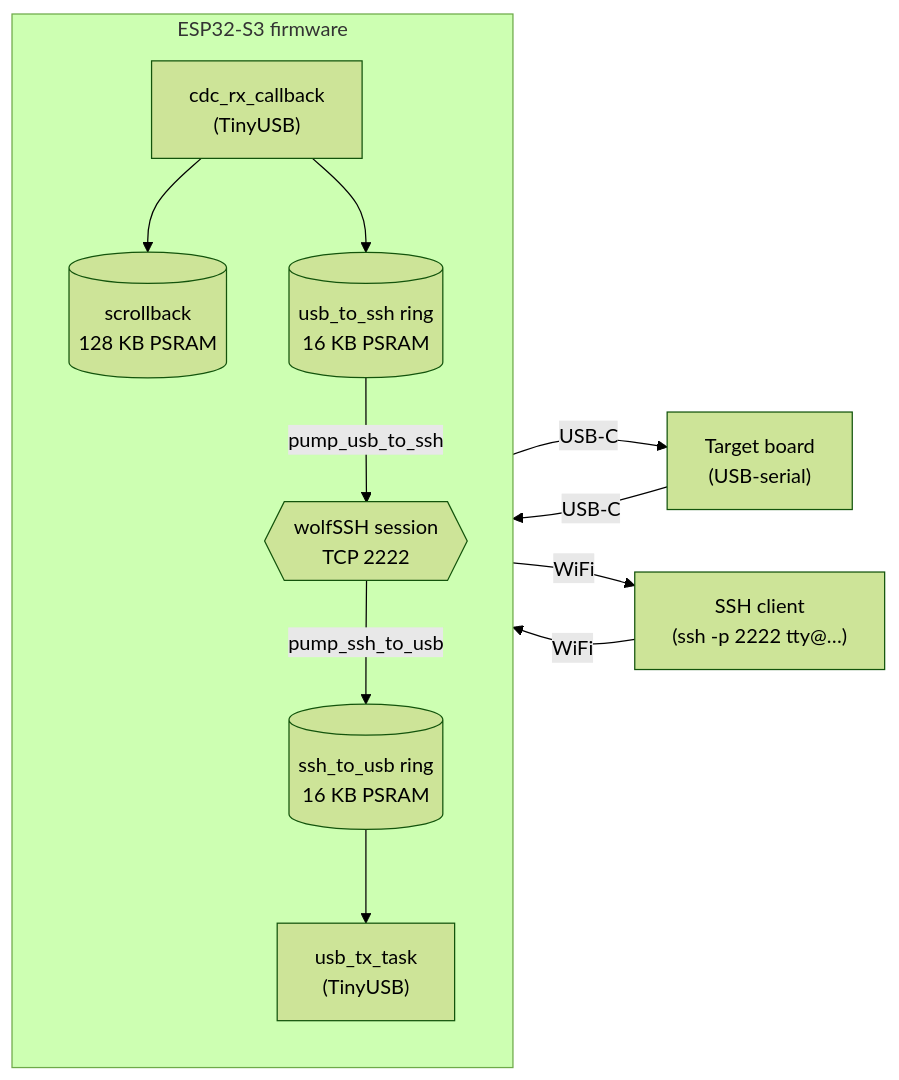
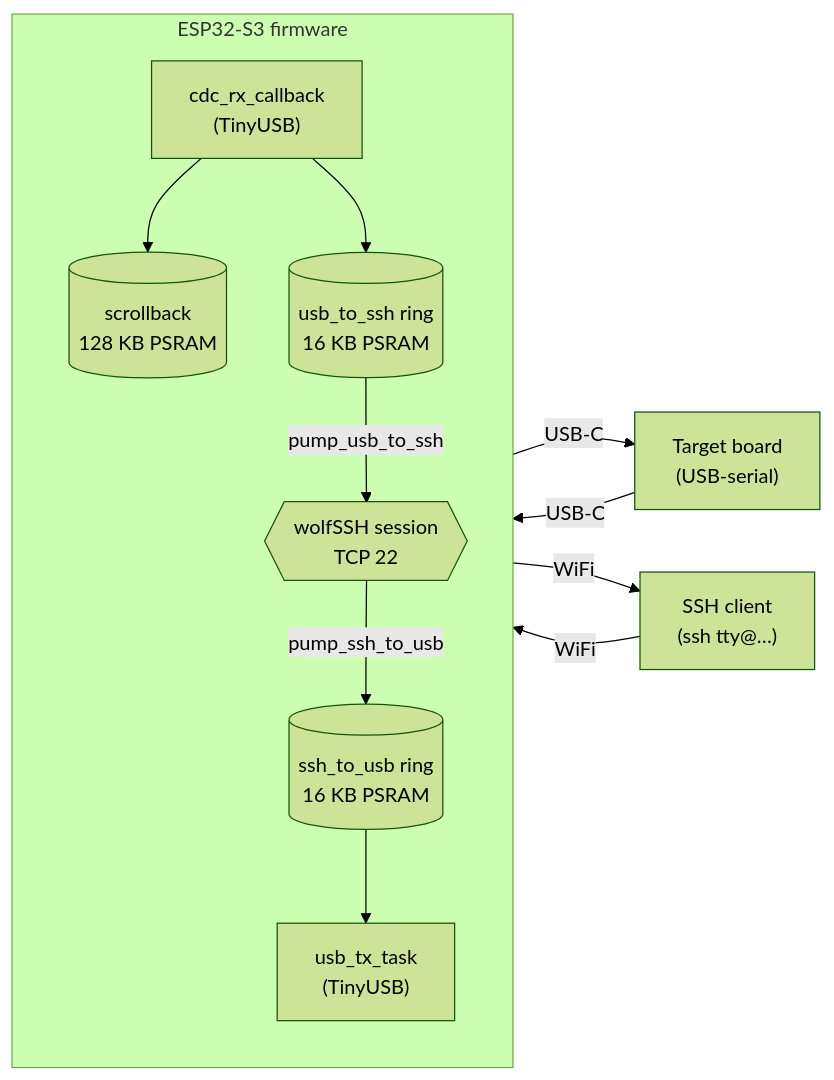
The diagram in README.md (alxrxs/esp-tty), drawn with Mermaid (forest theme) before and after one commit. The commit also changed other lines of this file and 3 other files, not shown here.

````diff
--- a/README.md
+++ b/README.md
@@ -176,26 +176,26 @@
 ```mermaid
 flowchart LR
     target["Target board<br/>(USB-serial)"]
-    client["SSH client<br/>(ssh -p 2222 tty@…)"]
+    client["SSH client<br/>(ssh tty@…)"]
 
     subgraph esp["ESP32-S3 firmware"]
         direction TB
         rx["cdc_rx_callback<br/>(TinyUSB)"]
         sb[("scrollback<br/>128 KB PSRAM")]
         u2s[("usb_to_ssh ring<br/>16 KB PSRAM")]
-        ssh{{"wolfSSH session<br/>TCP 2222"}}
+        ssh{{"wolfSSH session<br/>TCP 22"}}
         s2u[("ssh_to_usb ring<br/>16 KB PSRAM")]
         tx["usb_tx_task<br/>(TinyUSB)"]
 
         rx --> sb
         rx --> u2s
         u2s -- "pump_usb_to_ssh" --> ssh
         ssh -- "pump_ssh_to_usb" --> s2u
         s2u --> tx
     end
 
     target -- "USB-C" --> rx
     tx -- "USB-C" --> target
     ssh -- "WiFi" --> client
     client -- "WiFi" --> ssh
 ```
````
